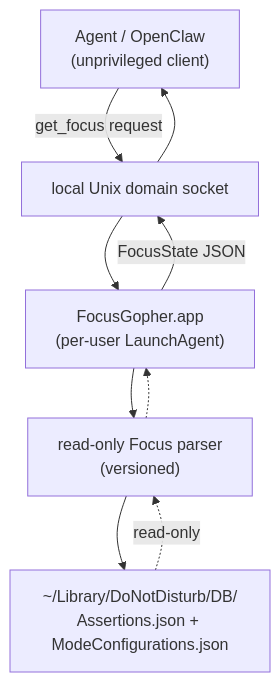
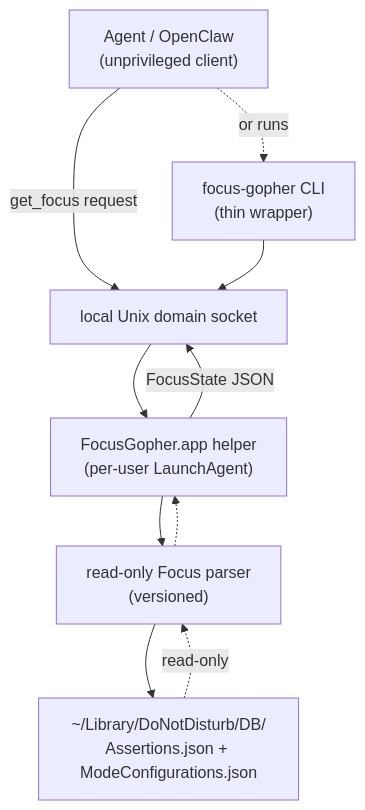
Before and after one commit to justdavis-family/justdavis: the diagram in design/engineering-designs/2026-05-12-macos-focus-gopher.md, drawn with Mermaid. The commit also changed other lines of this file and 5 other files, not shown here.

````diff
--- a/design/engineering-designs/2026-05-12-macos-focus-gopher.md
+++ b/design/engineering-designs/2026-05-12-macos-focus-gopher.md
@@ -46,13 +55,15 @@
 ```mermaid
 flowchart TB
     agent["Agent / OpenClaw<br/>(unprivileged client)"]
+    cli["focus-gopher CLI<br/>(thin wrapper)"]
     socket["local Unix domain socket"]
-    gopher["FocusGopher.app<br/>(per-user LaunchAgent)"]
+    gopher["FocusGopher.app helper<br/>(per-user LaunchAgent)"]
     parser["read-only Focus parser<br/>(versioned)"]
     db["~/Library/DoNotDisturb/DB/<br/>Assertions.json + ModeConfigurations.json"]
 
-    agent -->|get_focus request| socket --> gopher
-    gopher --> parser --> db
+    agent -->|get_focus request| socket
+    agent -.->|or runs| cli --> socket
+    socket --> gopher --> parser --> db
     db -.read-only.-> parser -.-> gopher
-    gopher -->|FocusState JSON| socket --> agent
+    gopher -->|FocusState JSON| socket
 ```
````
